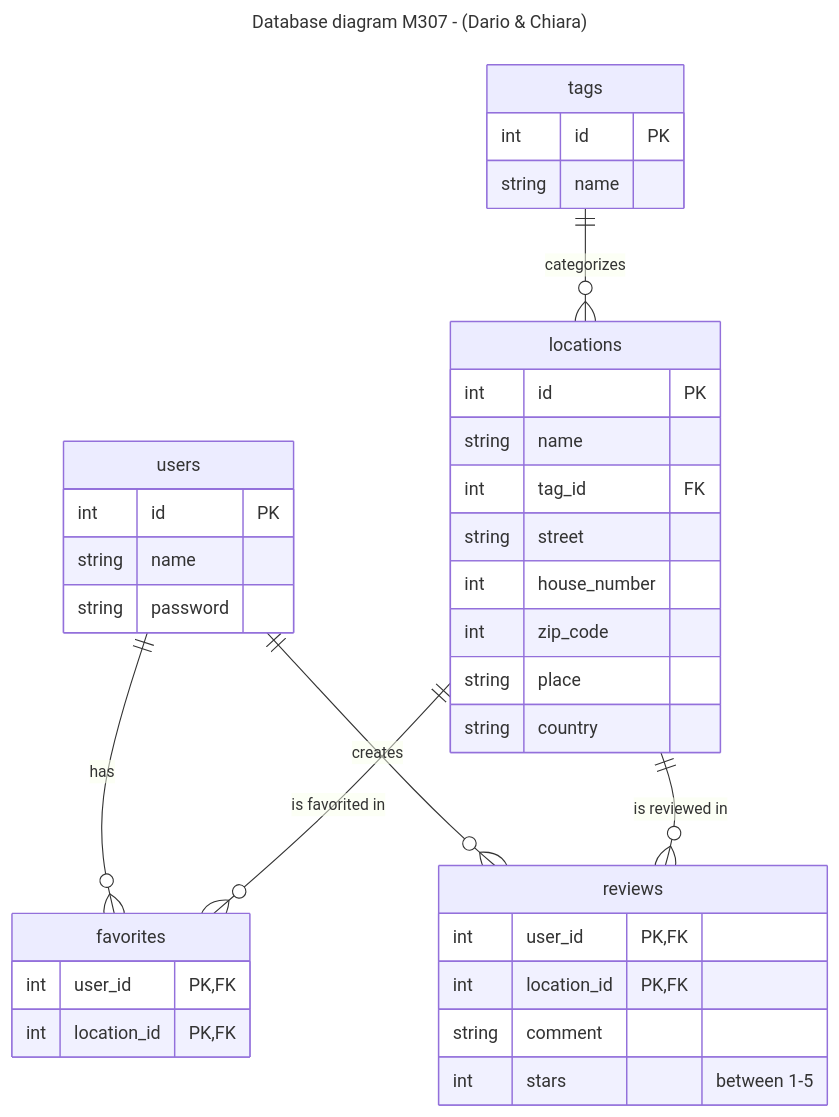
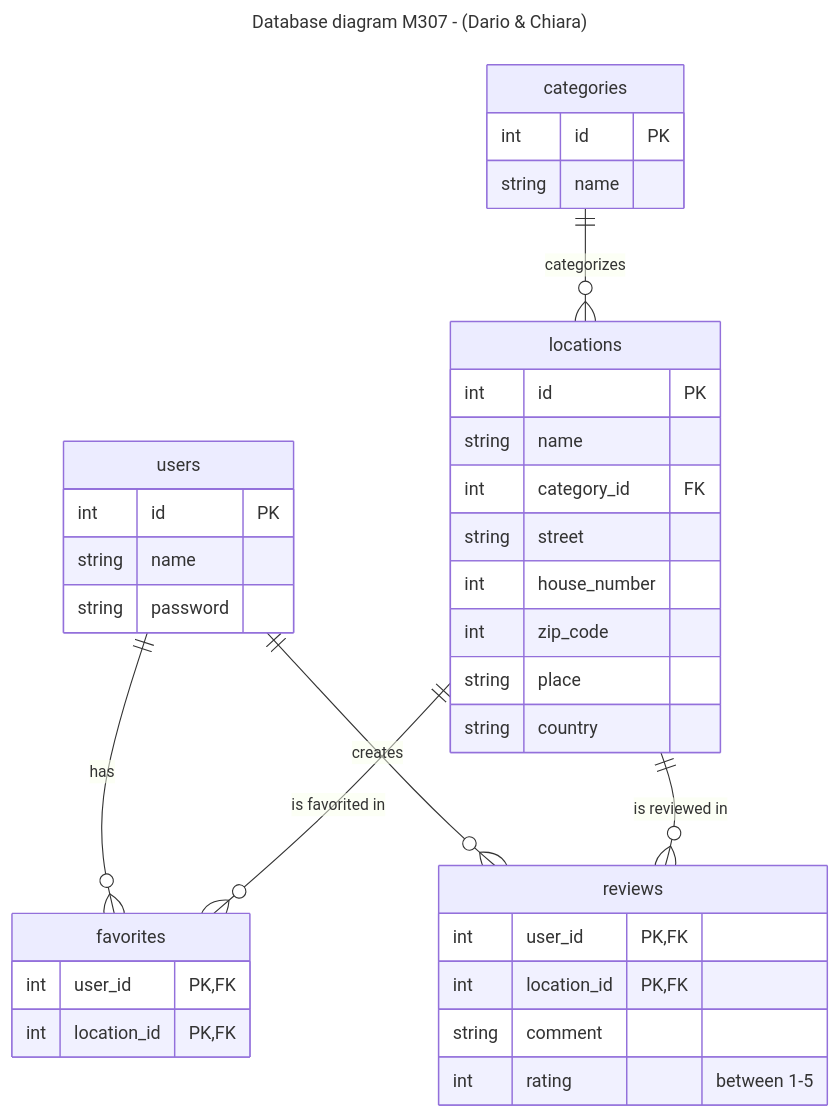
Before and after one commit to DarioBBZ/M307-Einsetzen-von-Informations--und-Kommunikationstechnologie: the diagram in docs/diagram.md, drawn with Mermaid. The commit also changed 3 other files, not shown here.

Commit message:
Rename stars->rating and tags->categories in db

````diff
--- a/docs/diagram.md
+++ b/docs/diagram.md
@@ -1,41 +1,41 @@
 ```mermaid
 ---
 title: Database diagram M307 - (Dario & Chiara)
 ---
 erDiagram
     users one to many reviews: creates
     users one to many favorites : has
     locations one to many favorites : "is favorited in"
     locations one to many reviews : "is reviewed in"
-    tags one to many locations : categorizes
+    categories one to many locations : categorizes
 
     users {
         int id PK
         string name
         string password
     }
     reviews {
         int user_id PK, FK
         int location_id PK, FK
         string comment
-        int stars "between 1-5"
+        int rating "between 1-5"
     }
     favorites {
         int user_id PK, FK
         int location_id PK, FK
     }
     locations {
         int id PK
         string name
-        int tag_id FK
+        int category_id FK
         string street
         int house_number
         int zip_code
         string place
         string country
     }
-    tags {
+    categories {
         int id PK
         string name
     }
 ```
````
